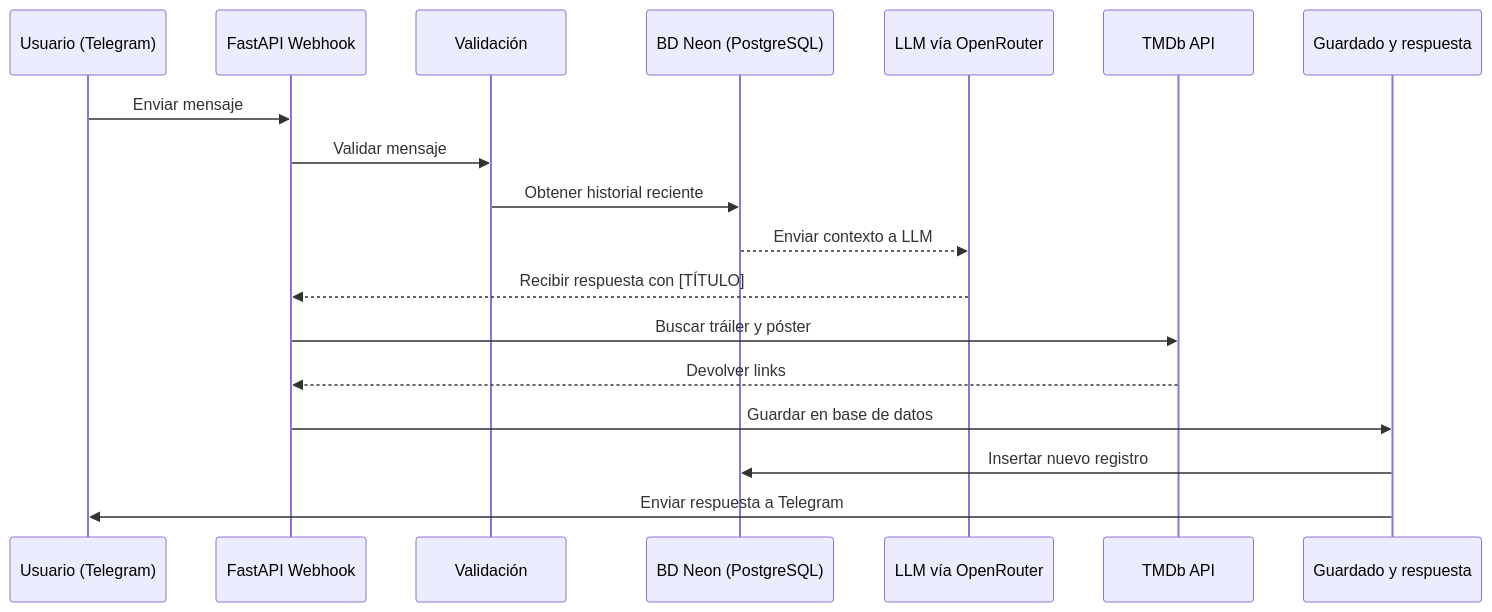
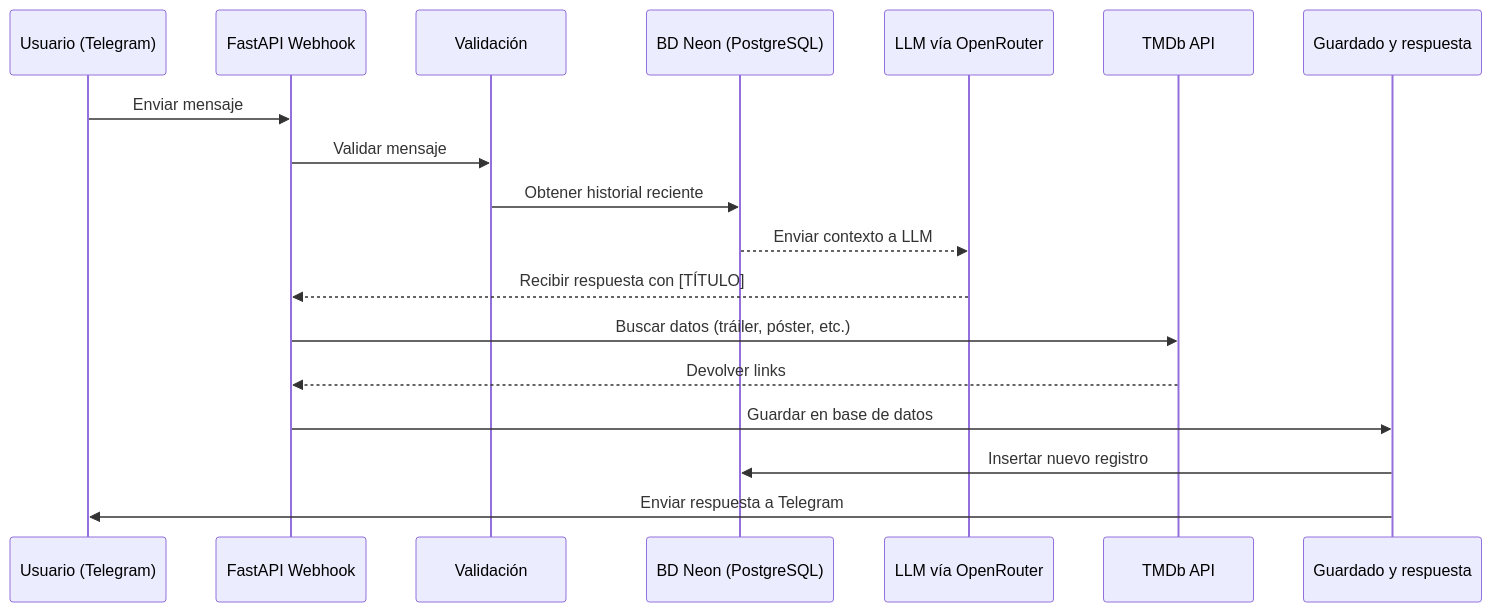
Before and after one commit to vicogarcia16/cinepesado-bot: the diagram in README.md, drawn with Mermaid. The commit also changed other lines of this file and 3 other files, not shown here.

````diff
--- a/README.md
+++ b/README.md
@@ -100,21 +101,21 @@
 ```mermaid
 sequenceDiagram
     participant T as Usuario (Telegram)
     participant F as FastAPI Webhook
     participant V as Validación
     participant D as BD Neon (PostgreSQL)
     participant L as LLM vía OpenRouter
     participant TM as TMDb API
     participant G as Guardado y respuesta
 
     T->>F: Enviar mensaje
     F->>V: Validar mensaje
     V->>D: Obtener historial reciente
     D-->>L: Enviar contexto a LLM
     L-->>F: Recibir respuesta con [TÍTULO]
-    F->>TM: Buscar tráiler y póster
+    F->>TM: Buscar datos (tráiler, póster, etc.)
     TM-->>F: Devolver links
     F->>G: Guardar en base de datos
     G->>D: Insertar nuevo registro
     G->>T: Enviar respuesta a Telegram
 ```
````
